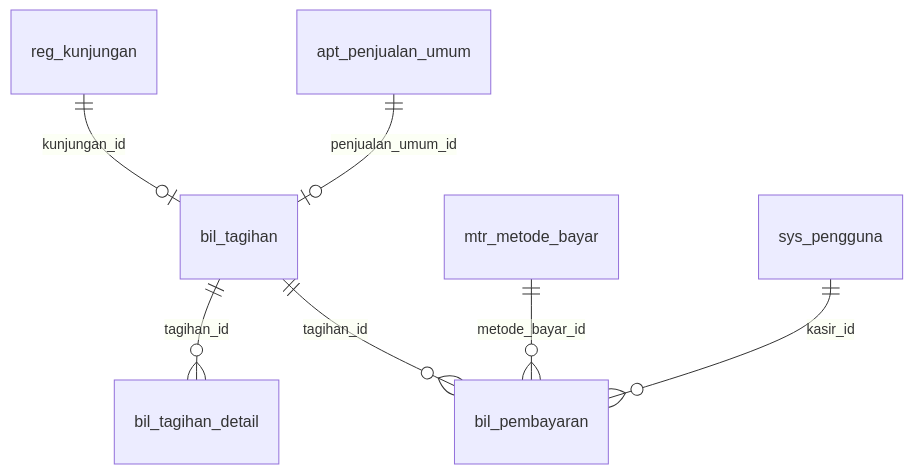
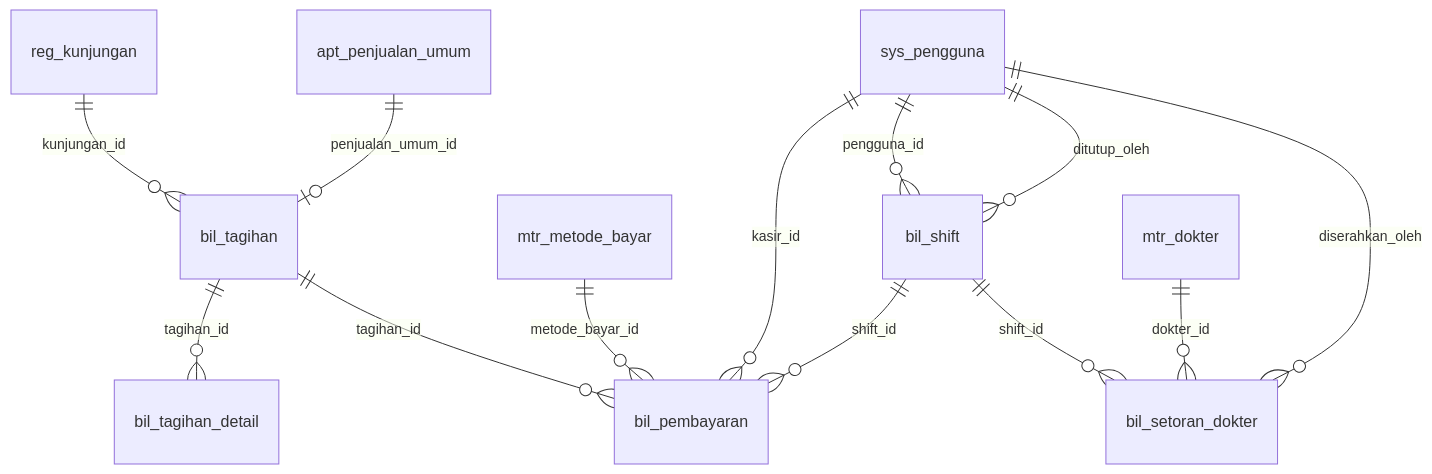
Before and after one commit to NiceCode9/klinik-avicena: the seventh of 7 diagrams in docs/database.md, drawn with Mermaid. The commit also changed other lines of this file and 11 other files, not shown here.

````diff
--- a/docs/database.md
+++ b/docs/database.md
@@ -237,9 +237,15 @@
 ```mermaid
 erDiagram
-  reg_kunjungan ||--o| bil_tagihan : "kunjungan_id"
+  reg_kunjungan ||--o{ bil_tagihan : "kunjungan_id"
   apt_penjualan_umum ||--o| bil_tagihan : "penjualan_umum_id"
   bil_tagihan ||--o{ bil_tagihan_detail : "tagihan_id"
   bil_tagihan ||--o{ bil_pembayaran : "tagihan_id"
   mtr_metode_bayar ||--o{ bil_pembayaran : "metode_bayar_id"
   sys_pengguna ||--o{ bil_pembayaran : "kasir_id"
+  sys_pengguna ||--o{ bil_shift : "pengguna_id"
+  sys_pengguna ||--o{ bil_shift : "ditutup_oleh"
+  bil_shift ||--o{ bil_pembayaran : "shift_id"
+  bil_shift ||--o{ bil_setoran_dokter : "shift_id"
+  mtr_dokter ||--o{ bil_setoran_dokter : "dokter_id"
+  sys_pengguna ||--o{ bil_setoran_dokter : "diserahkan_oleh"
 ```
````
